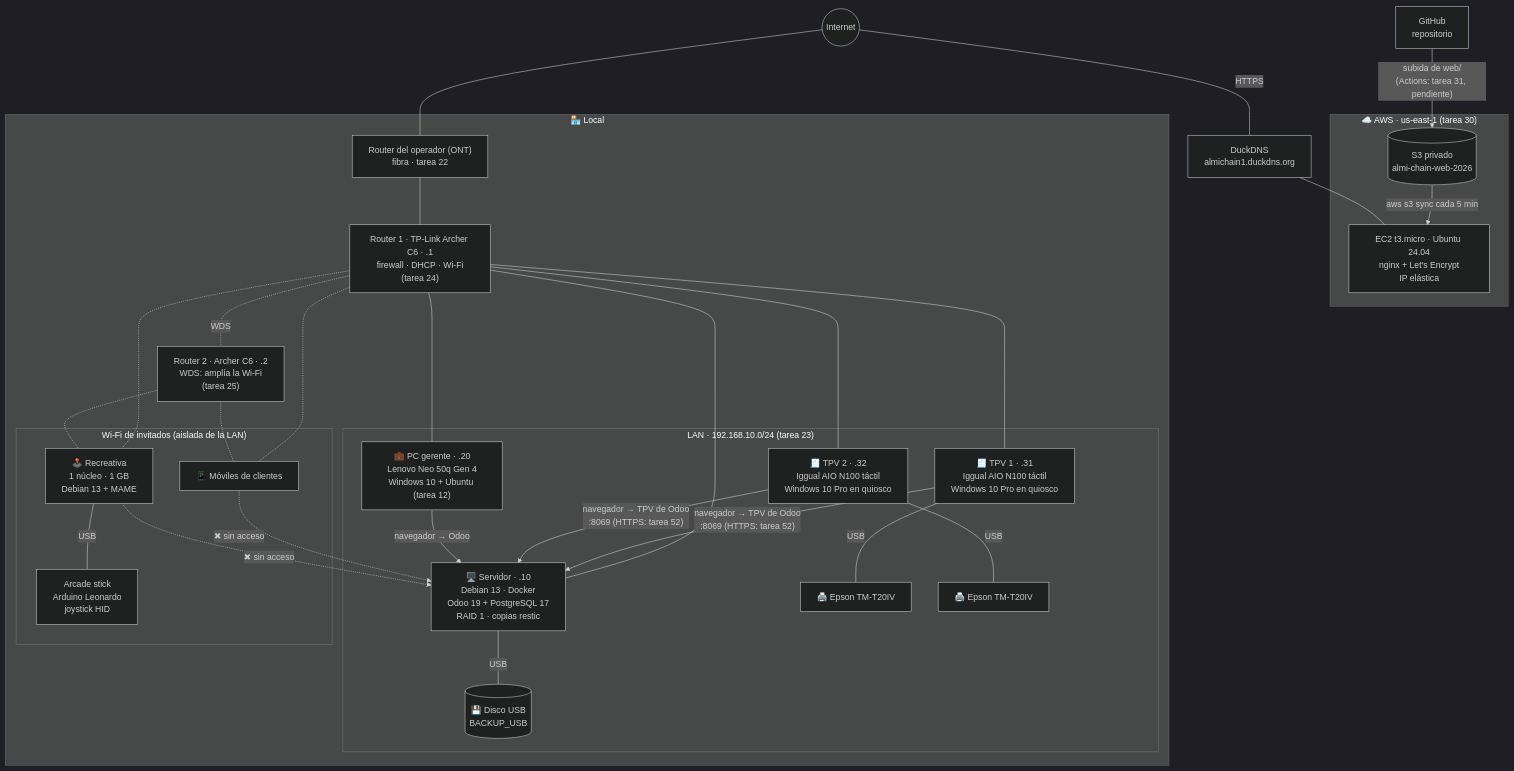
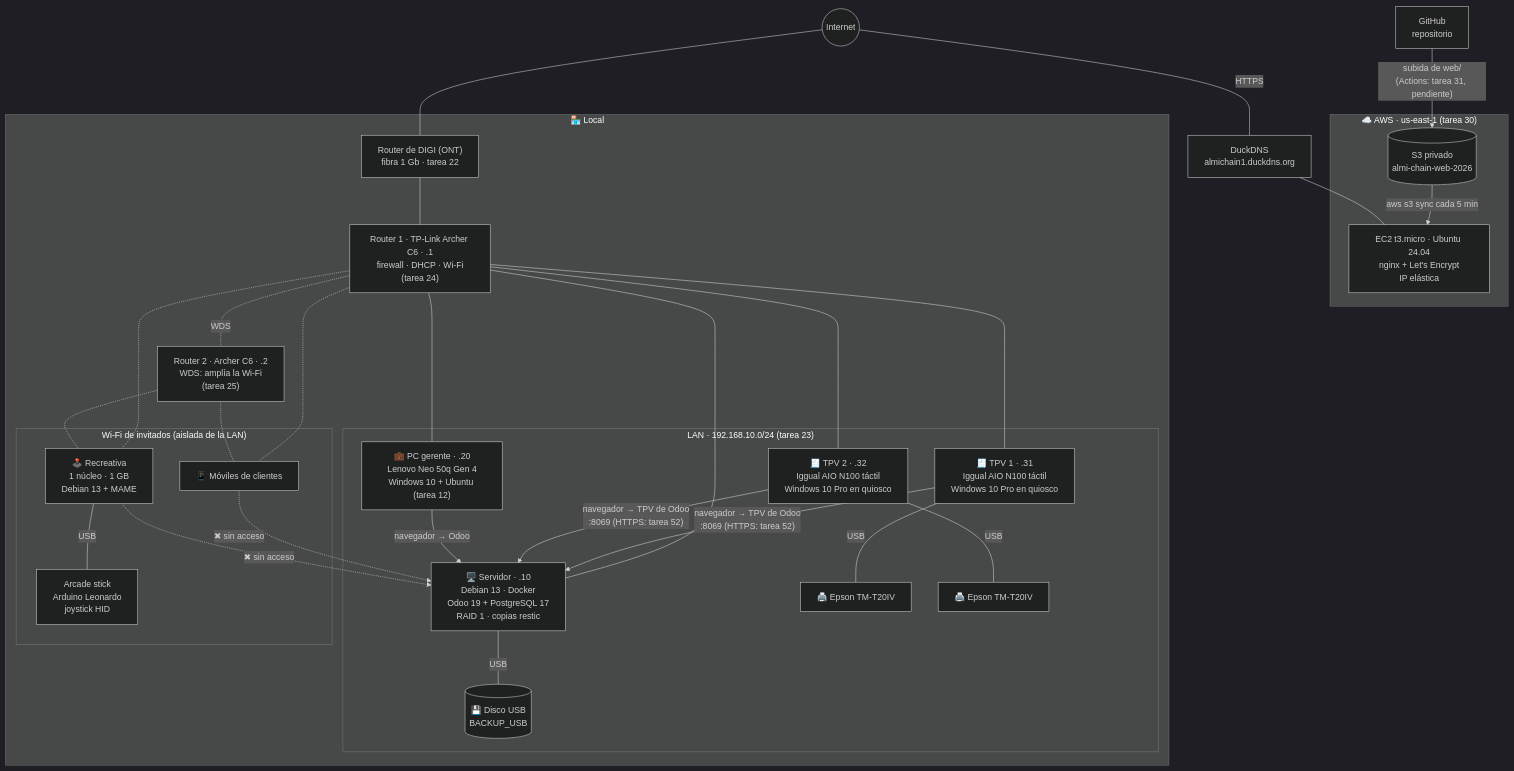
Before and after one commit to zHGx-alt/Reto-Asir: the diagram in docs/diagramas/11-arquitectura-equipos/DIAGRAMA.md, drawn with Mermaid (dark theme). The commit also changed other lines of this file and 9 other files, not shown here.

````diff
--- a/docs/diagramas/11-arquitectura-equipos/DIAGRAMA.md
+++ b/docs/diagramas/11-arquitectura-equipos/DIAGRAMA.md
@@ -11,49 +11,49 @@
 ```mermaid
 flowchart TB
     internet((Internet))
 
     subgraph AWS["☁️ AWS · us-east-1 (tarea 30)"]
         s3[("S3 privado<br/>almi-chain-web-2026")]
         ec2["EC2 t3.micro · Ubuntu 24.04<br/>nginx + Let's Encrypt<br/>IP elástica"]
         s3 -- "aws s3 sync cada 5 min" --> ec2
     end
     dns["DuckDNS<br/>almichain1.duckdns.org"]
     gh["GitHub<br/>repositorio"] -- "subida de web/<br/>(Actions: tarea 31, pendiente)" --> s3
 
     internet -- "HTTPS" --- dns --- ec2
-    internet --- ont["Router del operador (ONT)<br/>fibra · tarea 22"]
+    internet --- ont["Router de DIGI (ONT)<br/>fibra 1 Gb · tarea 22"]
 
     subgraph LOCAL["🏪 Local"]
         router["Router 1 · TP-Link Archer C6 · .1<br/>firewall · DHCP · Wi-Fi<br/>(tarea 24)"]
         wds["Router 2 · Archer C6 · .2<br/>WDS: amplía la Wi-Fi<br/>(tarea 25)"]
         ont --- router
         router -. "WDS" .- wds
 
         subgraph LAN["LAN · 192.168.10.0/24 (tarea 23)"]
             srv["🖥️ Servidor · .10<br/>Debian 13 · Docker<br/>Odoo 19 + PostgreSQL 17<br/>RAID 1 · copias restic"]
             usb[("💾 Disco USB<br/>BACKUP_USB")]
             ger["💼 PC gerente · .20<br/>Lenovo Neo 50q Gen 4<br/>Windows 10 + Ubuntu (tarea 12)"]
             tpv1["🧾 TPV 1 · .31<br/>Iggual AIO N100 táctil<br/>Windows 10 Pro en quiosco"]
             tpv2["🧾 TPV 2 · .32<br/>Iggual AIO N100 táctil<br/>Windows 10 Pro en quiosco"]
             imp1["🖨️ Epson TM-T20IV"]
             imp2["🖨️ Epson TM-T20IV"]
         end
 
         subgraph INV["Wi-Fi de invitados (aislada de la LAN)"]
             cli["📱 Móviles de clientes"]
             rec["🕹️ Recreativa<br/>1 núcleo · 1 GB<br/>Debian 13 + MAME"]
             stick["Arcade stick<br/>Arduino Leonardo<br/>joystick HID"]
         end
 
         router --- srv & ger & tpv1 & tpv2
         router & wds -.- cli & rec
         srv -- "USB" --- usb
         tpv1 -- "USB" --- imp1
         tpv2 -- "USB" --- imp2
         rec -- "USB" --- stick
     end
 
     tpv1 & tpv2 -- "navegador → TPV de Odoo<br/>:8069 (HTTPS: tarea 52)" --> srv
     ger -- "navegador → Odoo" --> srv
     cli & rec -. "✖ sin acceso" .-> srv
 ```
````
